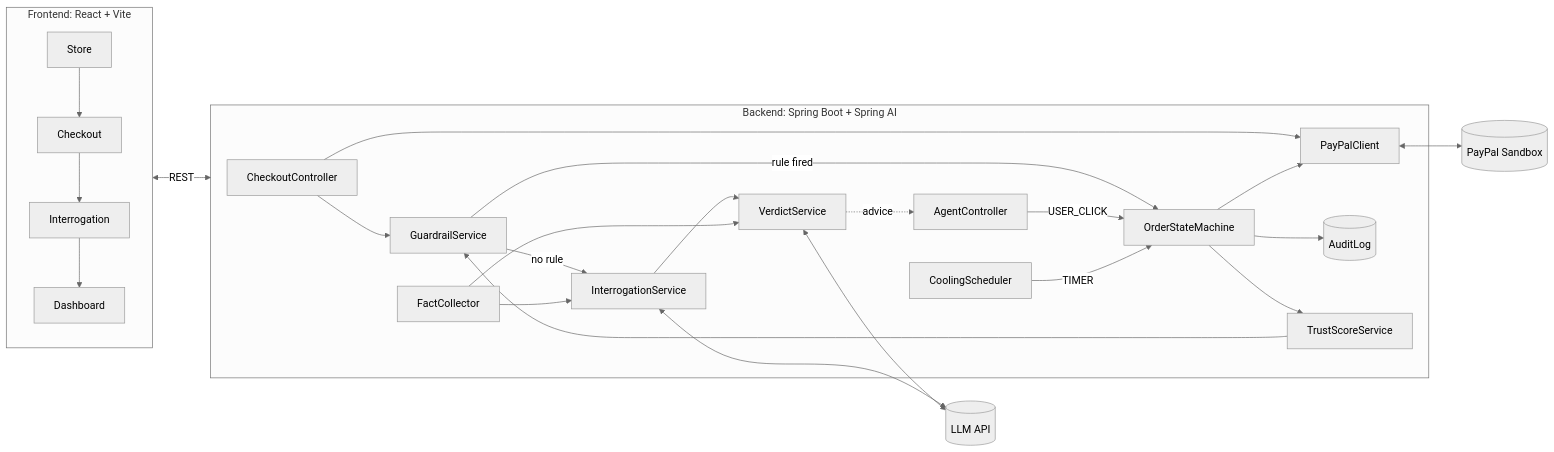
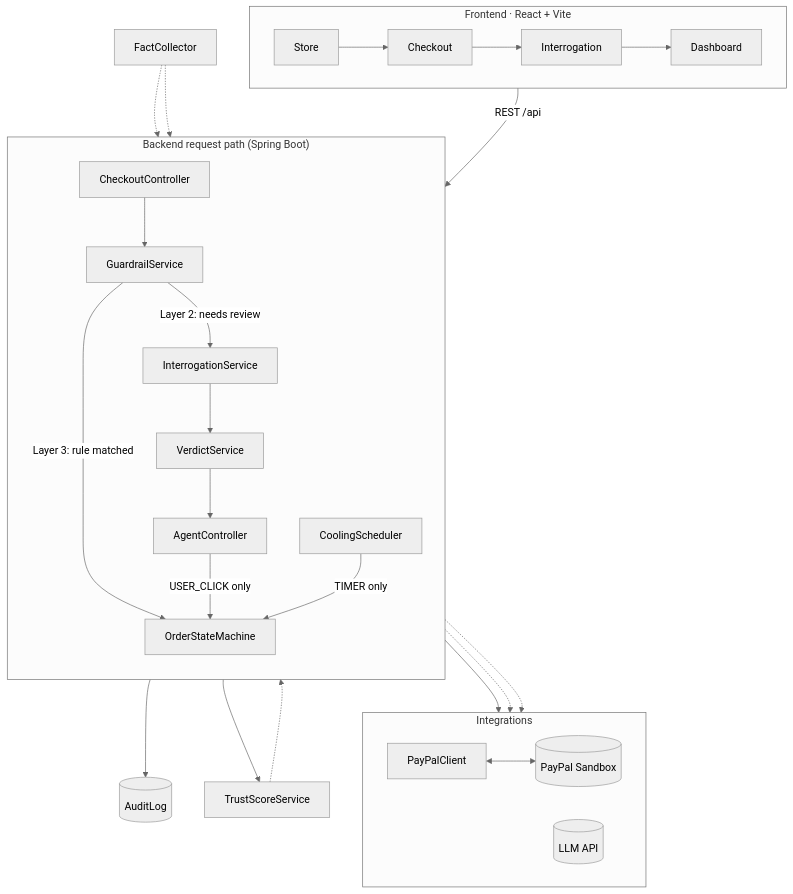
The diagram in README.md (rgtang/coolhead), drawn with Mermaid (neutral theme) before and after one commit.

Commit message:
Improve architecture diagram layout for GitHub (top-down flow)

````diff
--- a/README.md
+++ b/README.md
@@ -14,30 +14,40 @@
 ```mermaid
-flowchart LR
-    subgraph FE["Frontend: React + Vite"]
-        S[Store] --> C[Checkout]
-        C --> I[Interrogation]
-        I --> D[Dashboard]
+flowchart TB
+    subgraph UI["Frontend · React + Vite"]
+        direction LR
+        store[Store] --> checkout[Checkout] --> agent[Interrogation] --> dash[Dashboard]
     end
 
-    subgraph BE["Backend: Spring Boot + Spring AI"]
-        CK[CheckoutController] --> PP[PayPalClient]
-        CK --> G[GuardrailService]
-        G -->|rule fired| SM[OrderStateMachine]
-        G -->|no rule| IS[InterrogationService]
-        IS --> VS[VerdictService]
-        FC[FactCollector] --> IS
-        FC --> VS
-        VS -. advice .-> AG[AgentController]
-        AG -->|USER_CLICK| SM
-        SCH[CoolingScheduler] -->|TIMER| SM
-        SM --> PP
-        SM --> AU[(AuditLog)]
-        SM --> TS[TrustScoreService]
-        TS --> G
+    subgraph path["Backend request path (Spring Boot)"]
+        direction TB
+        ck[CheckoutController] --> g[GuardrailService]
+        g -->|"Layer 3: rule matched"| sm[OrderStateMachine]
+        g -->|"Layer 2: needs review"| is[InterrogationService]
+        is --> vs[VerdictService]
+        vs --> ag[AgentController]
+        ag -->|"USER_CLICK only"| sm
+        sch[CoolingScheduler] -->|"TIMER only"| sm
     end
 
-    FE <-->|REST| BE
-    PP <--> PayPal[(PayPal Sandbox)]
-    VS <--> LLM[(LLM API)]
-    IS <--> LLM
+    subgraph io["Integrations"]
+        direction LR
+        pp[PayPalClient]
+        paypal[(PayPal Sandbox)]
+        llm[(LLM API)]
+        pp <--> paypal
+    end
+
+    fc[FactCollector]
+    au[(AuditLog)]
+    ts[TrustScoreService]
+
+    UI -->|REST /api| ck
+    sm --> pp
+    sm --> au
+    sm --> ts
+    ts -.-> g
+    fc -.-> is
+    fc -.-> vs
+    is -.-> llm
+    vs -.-> llm
 ```
````
